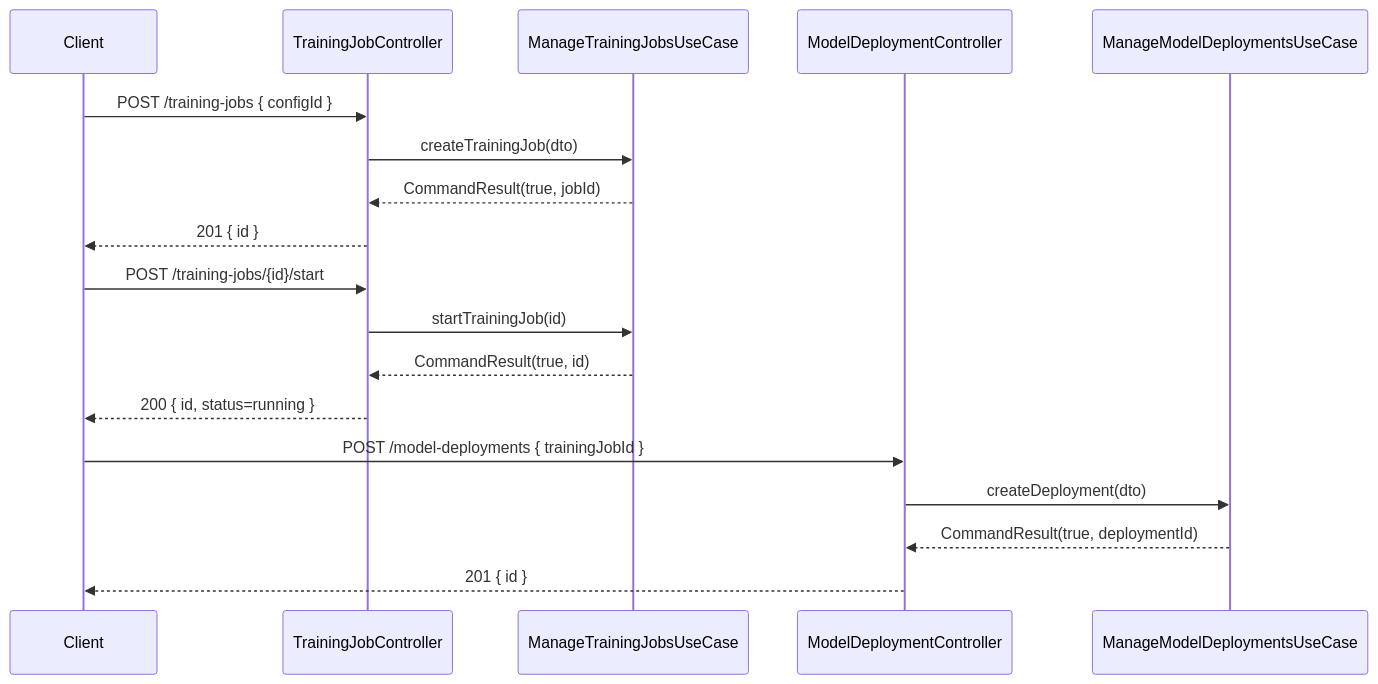
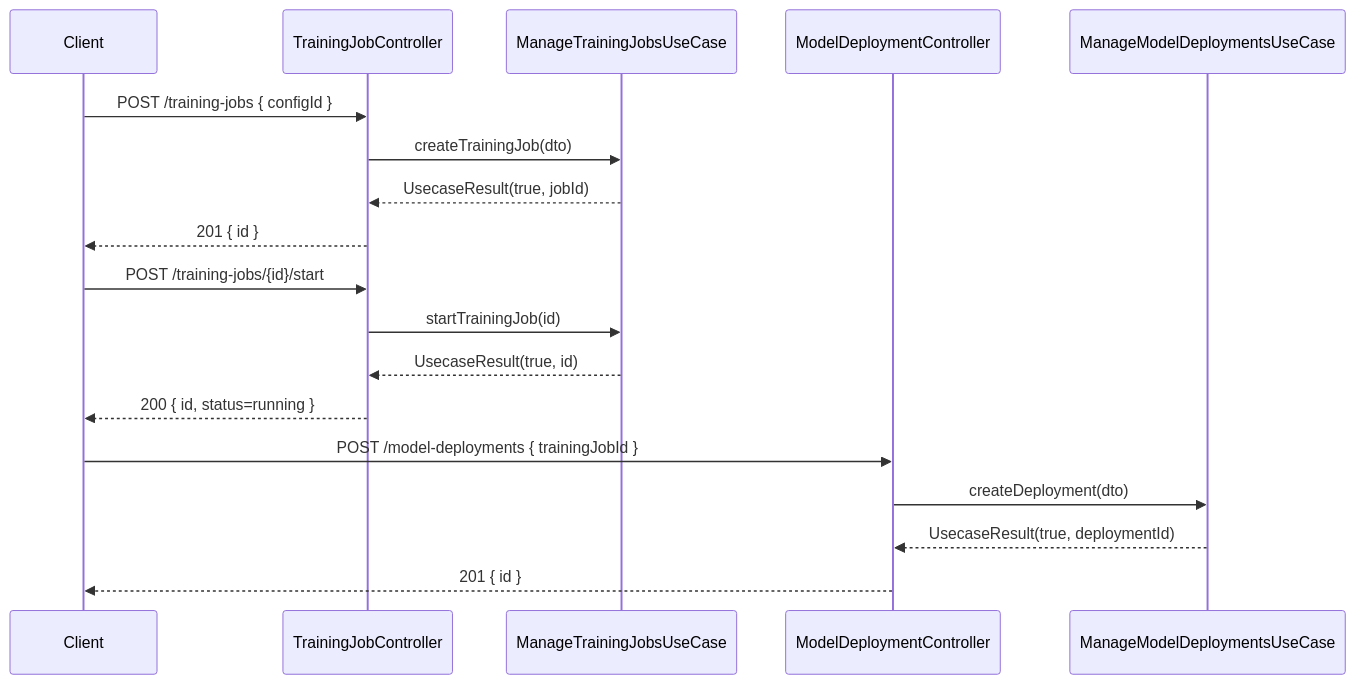
Before and after one commit to UIMSolutions/uim-platform: the third of 3 diagrams in data-attribute-recommendation/UML.md, drawn with Mermaid. The commit also changed 907 other files, not shown here.

Commit message:
Rename CommandResult

````diff
--- a/data-attribute-recommendation/UML.md
+++ b/data-attribute-recommendation/UML.md
@@ -125,23 +125,23 @@
 ```mermaid
 sequenceDiagram
     participant Client
     participant TJC as TrainingJobController
     participant TUC as ManageTrainingJobsUseCase
     participant MDC as ModelDeploymentController
     participant DUC as ManageModelDeploymentsUseCase
 
     Client->>TJC: POST /training-jobs { configId }
     TJC->>TUC: createTrainingJob(dto)
-    TUC-->>TJC: CommandResult(true, jobId)
+    TUC-->>TJC: UsecaseResult(true, jobId)
     TJC-->>Client: 201 { id }
 
     Client->>TJC: POST /training-jobs/{id}/start
     TJC->>TUC: startTrainingJob(id)
-    TUC-->>TJC: CommandResult(true, id)
+    TUC-->>TJC: UsecaseResult(true, id)
     TJC-->>Client: 200 { id, status=running }
 
     Client->>MDC: POST /model-deployments { trainingJobId }
     MDC->>DUC: createDeployment(dto)
-    DUC-->>MDC: CommandResult(true, deploymentId)
+    DUC-->>MDC: UsecaseResult(true, deploymentId)
     MDC-->>Client: 201 { id }
 ```
````
